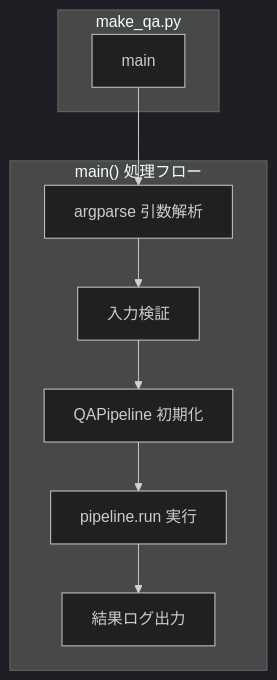
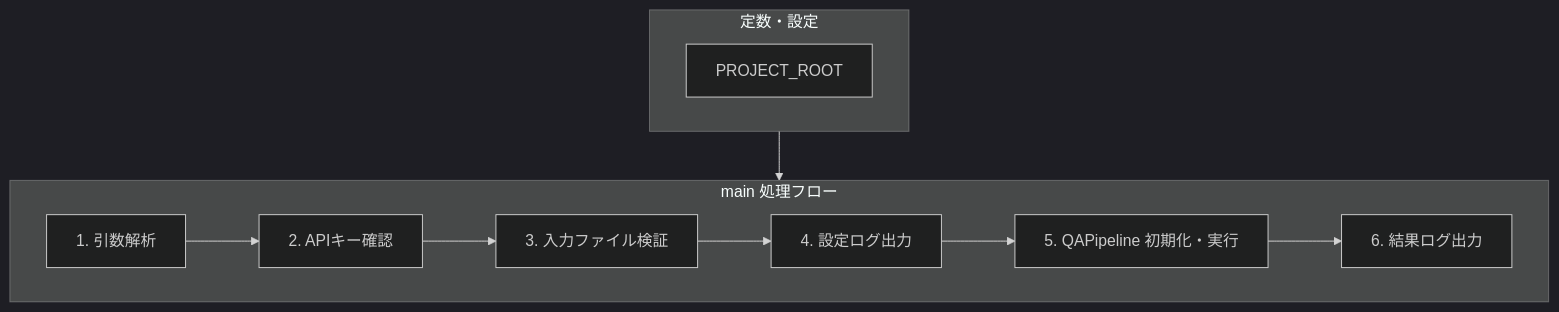
Before and after one commit to nakashima2toshio/gemini_grace_agent: the second of 4 diagrams in qa_qdrant/doc/make_qa.md, drawn with Mermaid (dark theme). The commit also changed other lines of this file and 24 other files, not shown here.

````diff
--- a/qa_qdrant/doc/make_qa.md
+++ b/qa_qdrant/doc/make_qa.md
@@ -103,20 +156,22 @@
 ```mermaid
 flowchart TB
-    subgraph MAKE_QA["make_qa.py"]
-        MAIN[main]
+    subgraph CONST["定数・設定"]
+        PROJECT_ROOT[PROJECT_ROOT]
     end
 
-    subgraph MAIN_FLOW["main() 処理フロー"]
-        ARGPARSE[argparse 引数解析]
-        VALIDATE[入力検証]
-        INIT_PIPE[QAPipeline 初期化]
-        RUN_PIPE[pipeline.run 実行]
-        LOG_RESULT[結果ログ出力]
+    subgraph MAIN_FLOW["main 処理フロー"]
+        ARGPARSE[1. 引数解析]
+        VALIDATE_KEY[2. APIキー確認]
+        VALIDATE_FILE[3. 入力ファイル検証]
+        LOG_CONFIG[4. 設定ログ出力]
+        INIT_PIPE[5. QAPipeline 初期化・実行]
+        LOG_RESULT[6. 結果ログ出力]
     end
 
-    MAIN --> ARGPARSE
-    ARGPARSE --> VALIDATE
-    VALIDATE --> INIT_PIPE
-    INIT_PIPE --> RUN_PIPE
-    RUN_PIPE --> LOG_RESULT
+    CONST --> MAIN_FLOW
+    ARGPARSE --> VALIDATE_KEY
+    VALIDATE_KEY --> VALIDATE_FILE
+    VALIDATE_FILE --> LOG_CONFIG
+    LOG_CONFIG --> INIT_PIPE
+    INIT_PIPE --> LOG_RESULT
 ```
````
